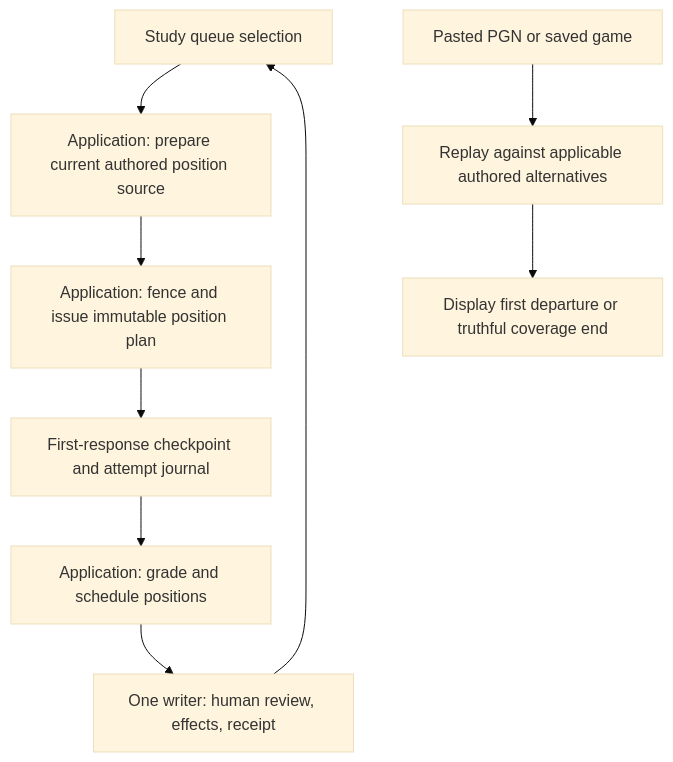
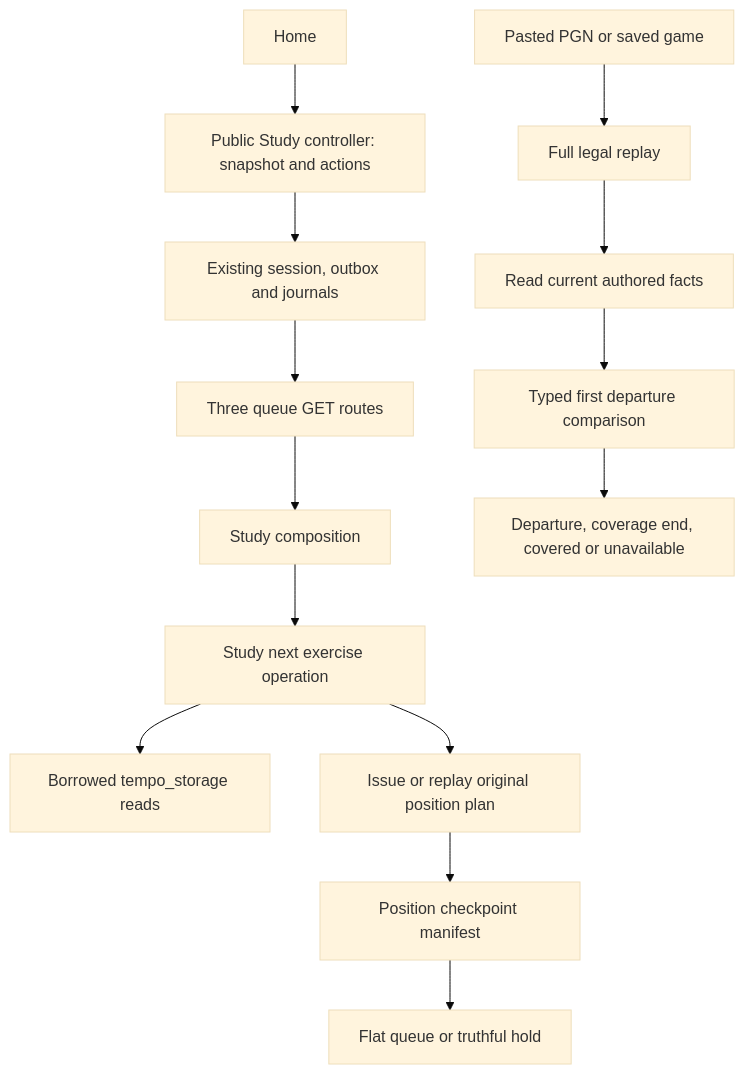
One commit to aaweaver-actuary/tempo changed the diagram in docs/architecture/diagrams/study-games.md. Above: the diagram before and after it, drawn with Mermaid (base theme). The commit also changed other lines of this file and 11 other files, not shown here.

Commit message:
Document reduced Study and Game Review paths

````diff
--- a/docs/architecture/diagrams/study-games.md
+++ b/docs/architecture/diagrams/study-games.md
@@ -5,11 +5,16 @@
 ```mermaid
 flowchart TD
-  Queue["Study queue selection"] --> Source["Application: prepare current authored position source"]
-  Source --> Issue["Application: fence and issue immutable position plan"]
-  Issue --> Response["First-response checkpoint and attempt journal"]
-  Response --> Review["Application: grade and schedule positions"]
-  Review --> Receipt["One writer: human review, effects, receipt"]
-  Receipt --> Queue
-  PGN["Pasted PGN or saved game"] --> Compare["Replay against applicable authored alternatives"]
-  Compare --> Departure["Display first departure or truthful coverage end"]
+  Home[Home] --> Controller[Public Study controller: snapshot and actions]
+  Controller --> Session[Existing session, outbox and journals]
+  Session --> Routes[Three queue GET routes]
+  Routes --> Compose[Study composition]
+  Compose --> Next[Study next exercise operation]
+  Next --> Reads[Borrowed tempo_storage reads]
+  Next --> Issue[Issue or replay original position plan]
+  Issue --> Manifest[Position checkpoint manifest]
+  Manifest --> Queue[Flat queue or truthful hold]
+  PGN[Pasted PGN or saved game] --> Replay[Full legal replay]
+  Replay --> Facts[Read current authored facts]
+  Facts --> Compare[Typed first departure comparison]
+  Compare --> Result[Departure, coverage end, covered or unavailable]
 ```
````
